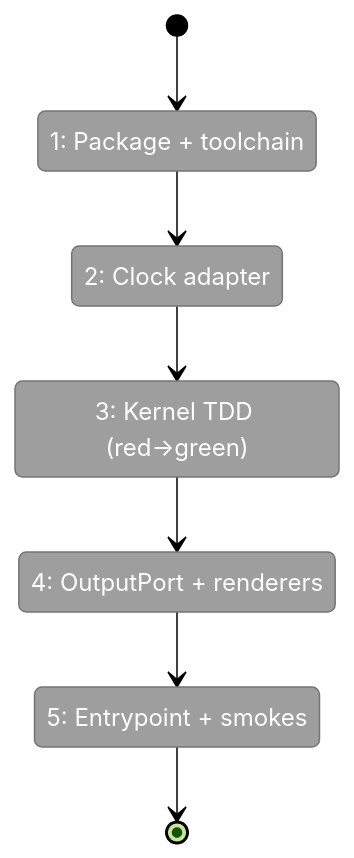
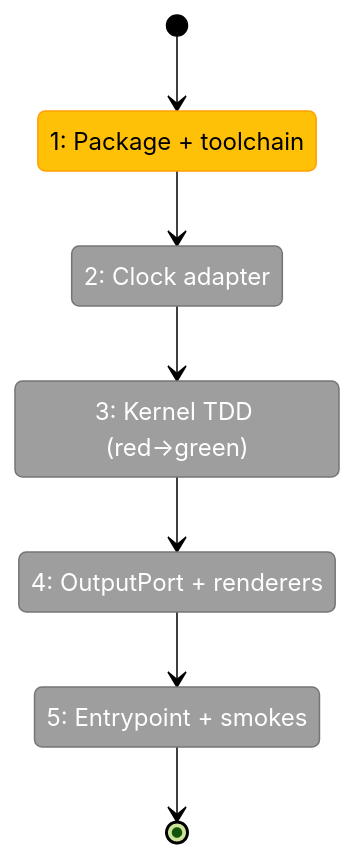
The first of 2 diagrams in docs/plans/004-harness-core/tasks/phase-1-package-scaffold-engineering-kernel/tasks.fltplan.md (AI-Substrate/harness-engineering), drawn with Mermaid (forest theme) before and after one commit. The commit also changed other lines of this file and 6 other files, not shown here.

````diff
--- a/docs/plans/004-harness-core/tasks/phase-1-package-scaffold-engineering-kernel/tasks.fltplan.md
+++ b/docs/plans/004-harness-core/tasks/phase-1-package-scaffold-engineering-kernel/tasks.fltplan.md
@@ -39,22 +39,23 @@
 ```mermaid
 stateDiagram-v2
     classDef pending fill:#9E9E9E,stroke:#757575,color:#fff
     classDef active fill:#FFC107,stroke:#FFA000,color:#000
     classDef done fill:#4CAF50,stroke:#388E3C,color:#fff
     classDef blocked fill:#F44336,stroke:#D32F2F,color:#fff
 
     state "1: Package + toolchain" as S1
     state "2: Clock adapter" as S2
     state "3: Kernel TDD (red→green)" as S3
     state "4: OutputPort + renderers" as S4
     state "5: Entrypoint + smokes" as S5
 
     [*] --> S1
     S1 --> S2
     S2 --> S3
     S3 --> S4
     S4 --> S5
     S5 --> [*]
 
-    class S1,S2,S3,S4,S5 pending
+    class S1 active
+    class S2,S3,S4,S5 pending
 ```
````
